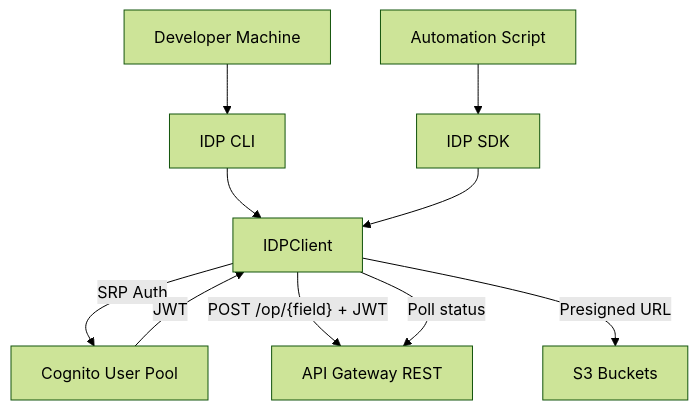
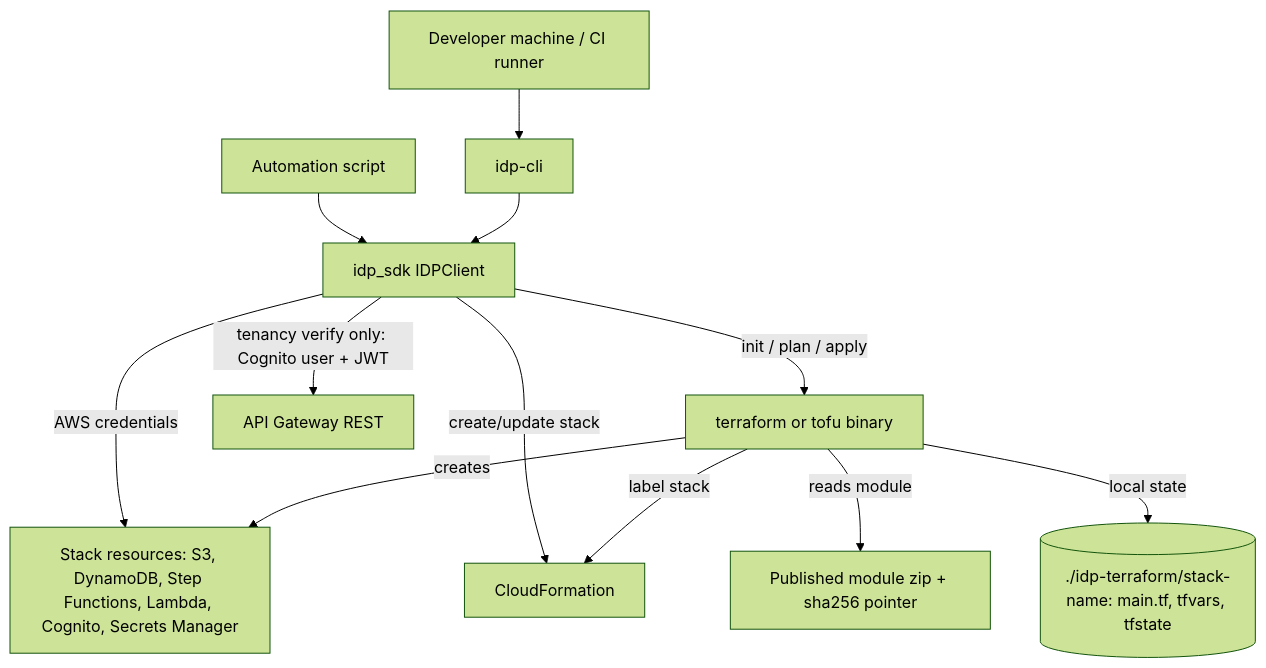
Before and after one commit to aws-solutions-library-samples/accelerated-intelligent-document-processing-on-aws: the diagram in security/threat-modeling/feature-threats/sdk-cli.md, drawn with Mermaid (forest theme). The commit also changed other lines of this file and 26 other files, not shown here.

````diff
--- a/security/threat-modeling/feature-threats/sdk-cli.md
+++ b/security/threat-modeling/feature-threats/sdk-cli.md
@@ -25,15 +26,15 @@
 ```mermaid
 flowchart TD
-    Developer[Developer Machine] --> CLI[IDP CLI]
-    Script[Automation Script] --> SDK[IDP SDK]
-    
-    CLI --> IDPClient[IDPClient]
-    SDK --> IDPClient
-    
-    IDPClient -->|SRP Auth| Cognito[Cognito User Pool]
-    Cognito -->|JWT| IDPClient
-    
-    IDPClient -->|"POST /op/{field} + JWT"| APIGW[API Gateway REST]
-    IDPClient -->|Presigned URL| S3[S3 Buckets]
-    IDPClient -->|Poll status| APIGW
+    Developer[Developer machine / CI runner] --> CLI[idp-cli]
+    Script[Automation script] --> SDK[idp_sdk IDPClient]
+    CLI --> SDK
+
+    SDK -->|AWS credentials| AWS[Stack resources: S3, DynamoDB, Step Functions, Lambda, Cognito, Secrets Manager]
+    SDK -->|create/update stack| CFN[CloudFormation]
+    SDK -->|init / plan / apply| TF[terraform or tofu binary]
+    TF -->|reads module| Module[Published module zip + sha256 pointer]
+    TF -->|local state| WorkDir[(./idp-terraform/stack-name: main.tf, tfvars, tfstate)]
+    TF -->|creates| AWS
+    TF -->|label stack| CFN
+    SDK -->|tenancy verify only: Cognito user + JWT| APIGW[API Gateway REST]
 ```
````
